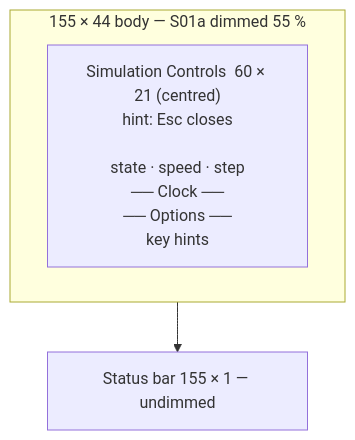
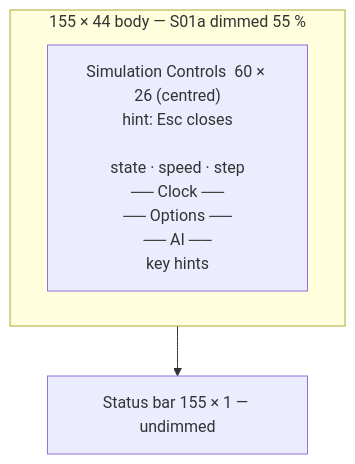
Before and after one commit to sbayer55/sim-fortress: the diagram in docs/screens/s10-simulation-controls.md, drawn with Mermaid. The commit also changed other lines of this file and 59 other files, not shown here.

````diff
--- a/docs/screens/s10-simulation-controls.md
+++ b/docs/screens/s10-simulation-controls.md
@@ -31,8 +31,8 @@
 ```mermaid
 flowchart TB
     subgraph body["155 × 44 body — S01a dimmed 55 %"]
-        modal["Simulation Controls  60 × 21 (centred)<br/>hint: Esc closes<br/><br/>state · speed · step<br/>── Clock ──<br/>── Options ──<br/>key hints"]
+        modal["Simulation Controls  60 × 26 (centred)<br/>hint: Esc closes<br/><br/>state · speed · step<br/>── Clock ──<br/>── Options ──<br/>── AI ──<br/>key hints"]
     end
     status["Status bar 155 × 1 — undimmed"]
     body --> status
 ```
````
